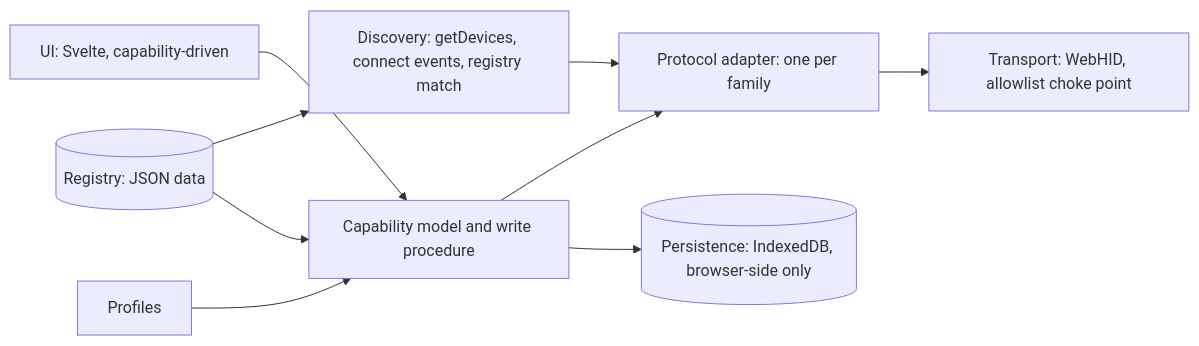
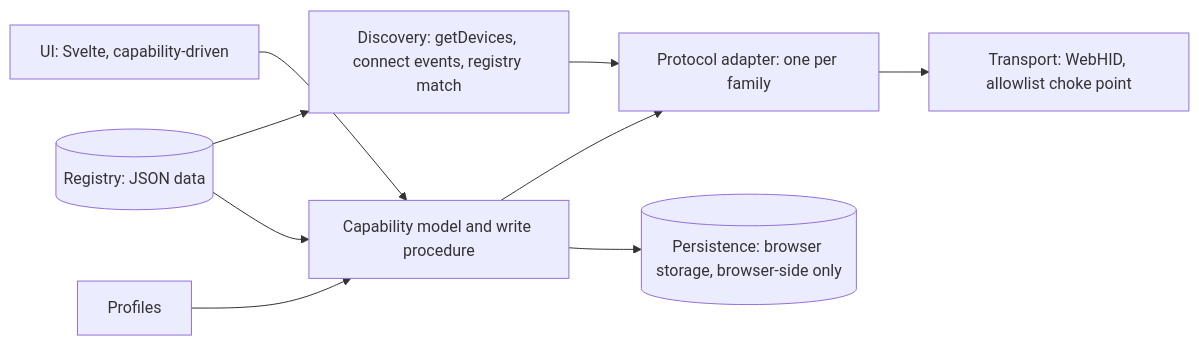
Before and after one commit to E1yWrites/udb: the diagram in SPEC.md, drawn with Mermaid. The commit also changed other lines of this file and 10 other files, not shown here.

````diff
--- a/SPEC.md
+++ b/SPEC.md
@@ -58,11 +58,11 @@
 ```mermaid
 flowchart LR
   UI[UI: Svelte, capability-driven] --> CAP[Capability model and write procedure]
   CAP --> AD[Protocol adapter: one per family]
   AD --> TR[Transport: WebHID, allowlist choke point]
   DISC[Discovery: getDevices, connect events, registry match] --> AD
   REG[(Registry: JSON data)] --> DISC
   REG --> CAP
-  CAP --> PERS[(Persistence: IndexedDB, browser-side only)]
+  CAP --> PERS[(Persistence: browser storage, browser-side only)]
   PROF[Profiles] --> CAP
 ```
````
